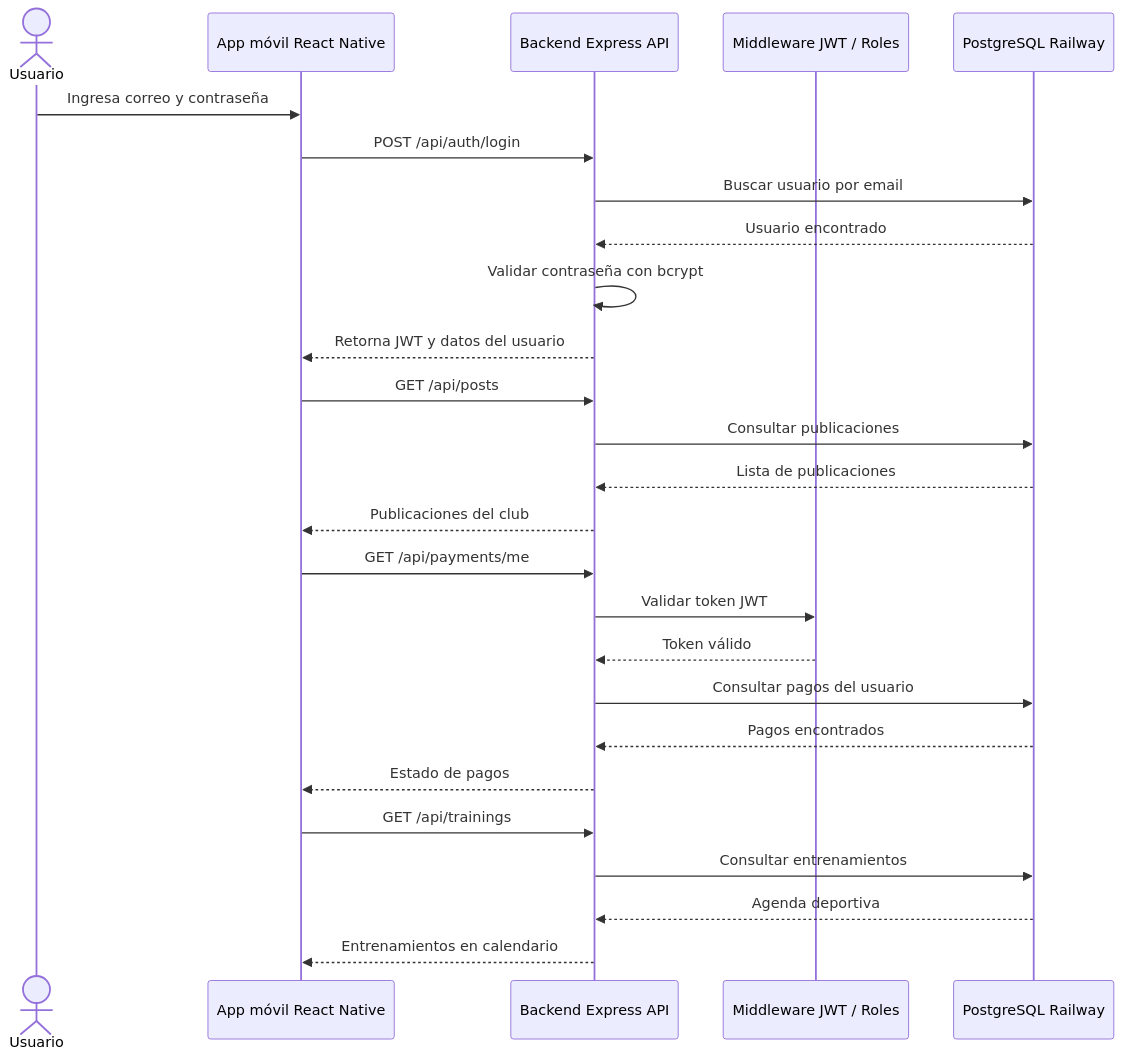
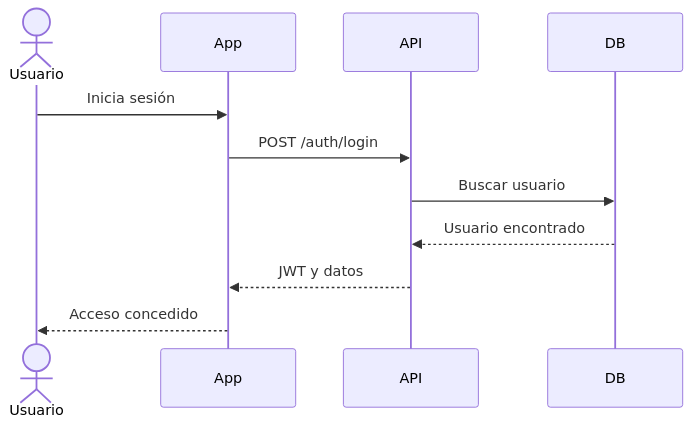
One commit to sarisjimenez3-design/aba-manager-system changed the diagram in docs/diagrams/sequence-flow.md. Above: the diagram before and after it, drawn with Mermaid. The commit also changed other lines of this file and 2 other files, not shown here.

Commit message:
fix: corregir diagramas mermaid

````diff
--- a/docs/diagrams/sequence-flow.md
+++ b/docs/diagrams/sequence-flow.md
@@ -3,32 +3,14 @@
 ```mermaid
 sequenceDiagram
     actor Usuario
-    participant App as App móvil React Native
-    participant API as Backend Express API
-    participant Auth as Middleware JWT / Roles
-    participant DB as PostgreSQL Railway
+    participant App
+    participant API
+    participant DB
 
-    Usuario->>App: Ingresa correo y contraseña
-    App->>API: POST /api/auth/login
-    API->>DB: Buscar usuario por email
+    Usuario->>App: Inicia sesión
+    App->>API: POST /auth/login
+    API->>DB: Buscar usuario
     DB-->>API: Usuario encontrado
-    API->>API: Validar contraseña con bcrypt
-    API-->>App: Retorna JWT y datos del usuario
-
-    App->>API: GET /api/posts
-    API->>DB: Consultar publicaciones
-    DB-->>API: Lista de publicaciones
-    API-->>App: Publicaciones del club
-
-    App->>API: GET /api/payments/me
-    API->>Auth: Validar token JWT
-    Auth-->>API: Token válido
-    API->>DB: Consultar pagos del usuario
-    DB-->>API: Pagos encontrados
-    API-->>App: Estado de pagos
-
-    App->>API: GET /api/trainings
-    API->>DB: Consultar entrenamientos
-    DB-->>API: Agenda deportiva
-    API-->>App: Entrenamientos en calendario
+    API-->>App: JWT y datos
+    App-->>Usuario: Acceso concedido
 ```
````
